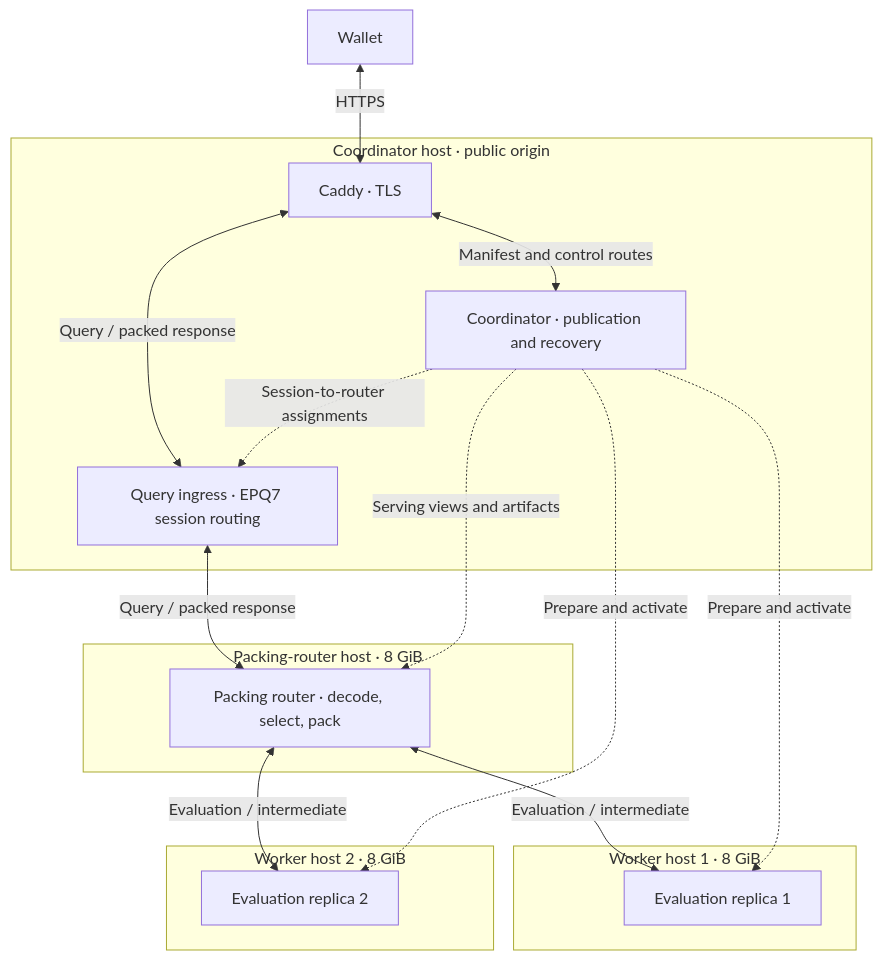
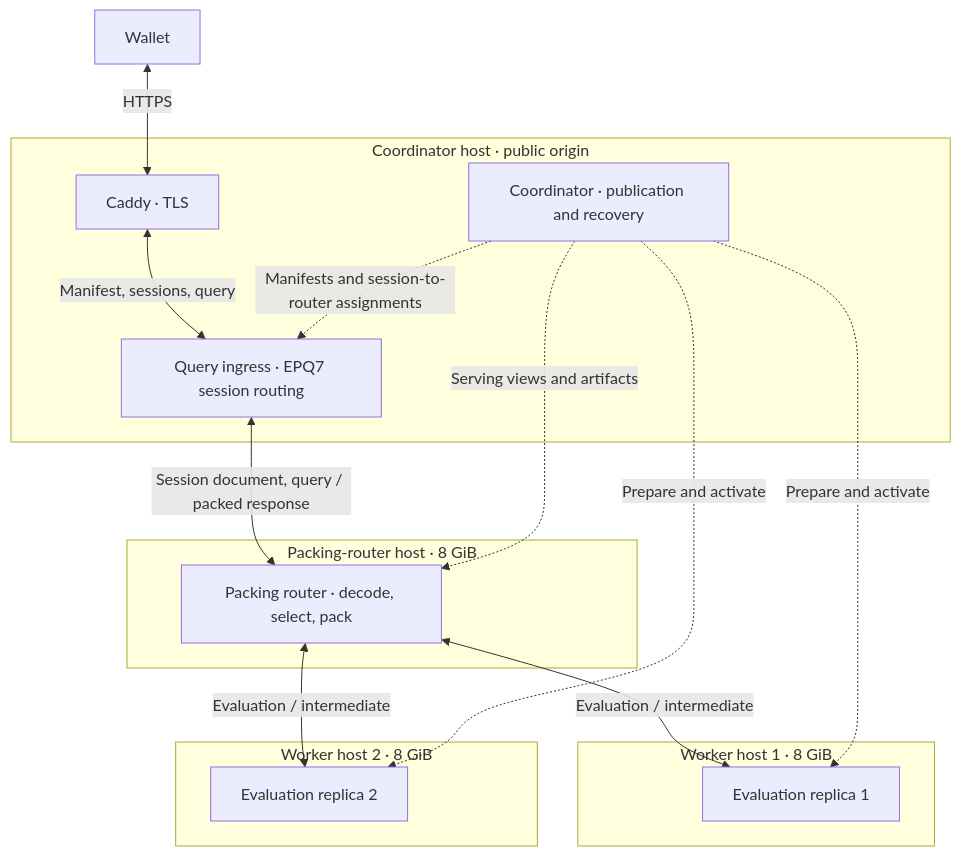
Before and after one commit to valargroup/wallet-pir: the first of 2 diagrams in docs/enhance/architecture.md, drawn with Mermaid. The commit also changed other lines of this file and 47 other files, not shown here.

First line of the commit message:
Serve Enhance wallet routes only from query ingress

````diff
--- a/docs/enhance/architecture.md
+++ b/docs/enhance/architecture.md
@@ -63,28 +64,27 @@
 ```mermaid
 flowchart TB
     wallet["Wallet"]
     subgraph origin["Coordinator host · public origin"]
         caddy["Caddy · TLS"]
         ingress["Query ingress · EPQ7 session routing"]
         coordinator["Coordinator · publication and recovery"]
-        caddy <-->|"Query / packed response"| ingress
-        caddy <-->|"Manifest and control routes"| coordinator
-        coordinator -. "Session-to-router assignments" .-> ingress
+        caddy <-->|"Manifest, sessions, query"| ingress
+        coordinator -. "Manifests and session-to-router assignments" .-> ingress
     end
     subgraph packing_host["Packing-router host · 8 GiB"]
         router["Packing router · decode, select, pack"]
     end
     subgraph worker_host_1["Worker host 1 · 8 GiB"]
         worker1["Evaluation replica 1"]
     end
     subgraph worker_host_2["Worker host 2 · 8 GiB"]
         worker2["Evaluation replica 2"]
     end
     wallet <-->|"HTTPS"| caddy
-    ingress <-->|"Query / packed response"| router
+    ingress <-->|"Session document, query / packed response"| router
     router <-->|"Evaluation / intermediate"| worker1
     router <-->|"Evaluation / intermediate"| worker2
     coordinator -. "Serving views and artifacts" .-> router
     coordinator -. "Prepare and activate" .-> worker1
     coordinator -. "Prepare and activate" .-> worker2
 ```
````
